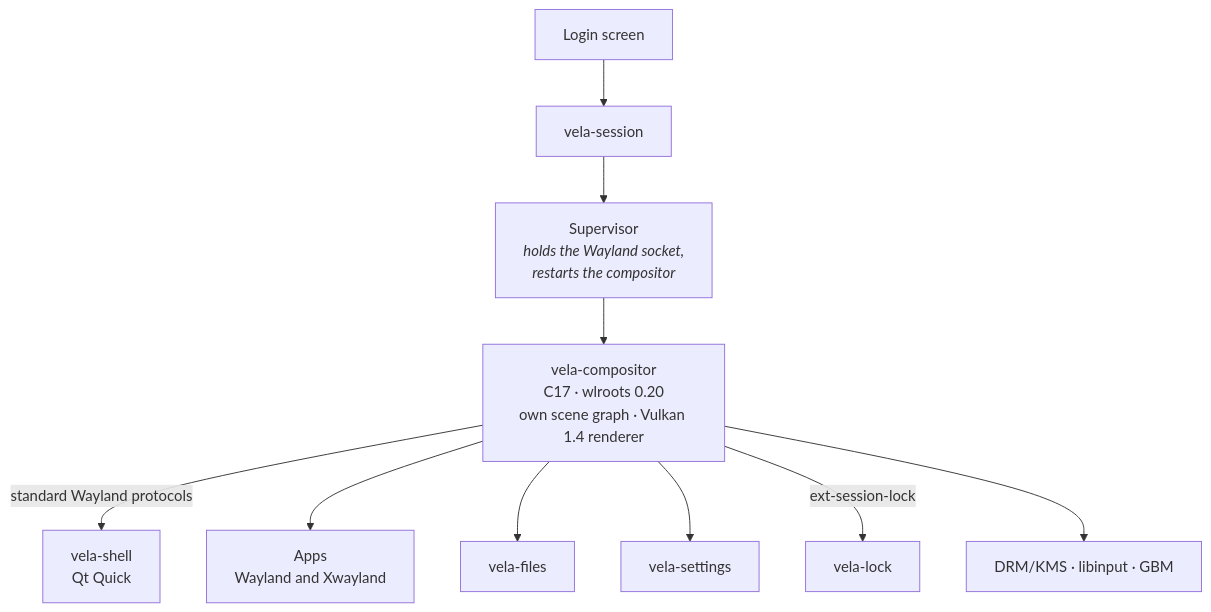
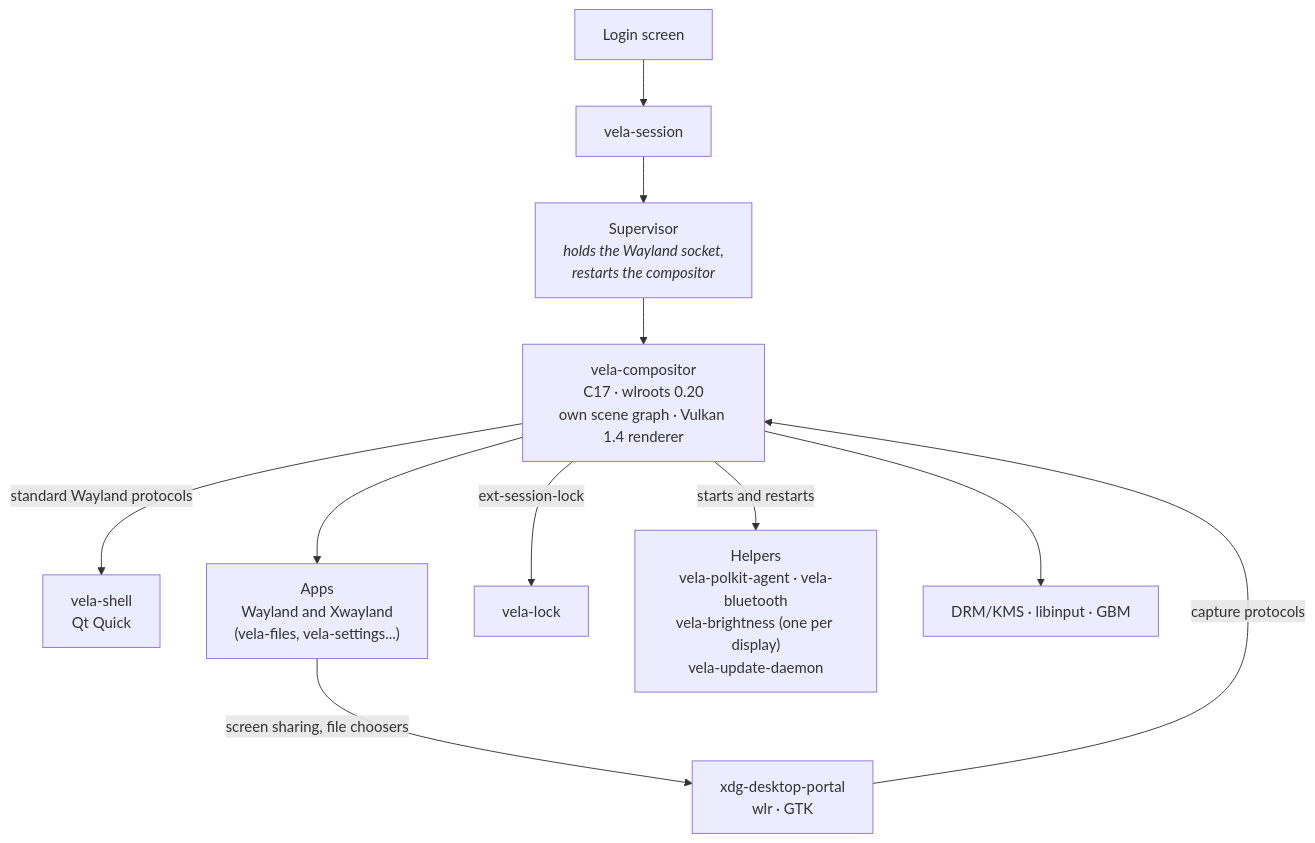
Before and after one commit to vela-desktop/vela: the diagram in README.md, drawn with Mermaid. The commit also changed other lines of this file, not shown here.

First line of the commit message:
docs(readme): separate the Beta from 0.2, and show the helpers

````diff
--- a/README.md
+++ b/README.md
@@ -98,12 +105,13 @@
 ```mermaid
 flowchart TB
     DM["Login screen"] --> S["vela-session"]
     S --> SUP["Supervisor<br/><i>holds the Wayland socket,<br/>restarts the compositor</i>"]
     SUP --> C["vela-compositor<br/>C17 · wlroots 0.20<br/>own scene graph · Vulkan 1.4 renderer"]
     C -- "standard Wayland protocols" --> SH["vela-shell<br/>Qt Quick"]
-    C --> APPS["Apps<br/>Wayland and Xwayland"]
-    C --> F["vela-files"]
-    C --> SET["vela-settings"]
+    C --> APPS["Apps<br/>Wayland and Xwayland<br/>(vela-files, vela-settings...)"]
     C -- "ext-session-lock" --> L["vela-lock"]
+    C -- "starts and restarts" --> HELP["Helpers<br/>vela-polkit-agent · vela-bluetooth<br/>vela-brightness (one per display)<br/>vela-update-daemon"]
+    APPS -- "screen sharing, file choosers" --> P["xdg-desktop-portal<br/>wlr · GTK"]
+    P -- "capture protocols" --> C
     C --> HW["DRM/KMS · libinput · GBM"]
 ```
````
